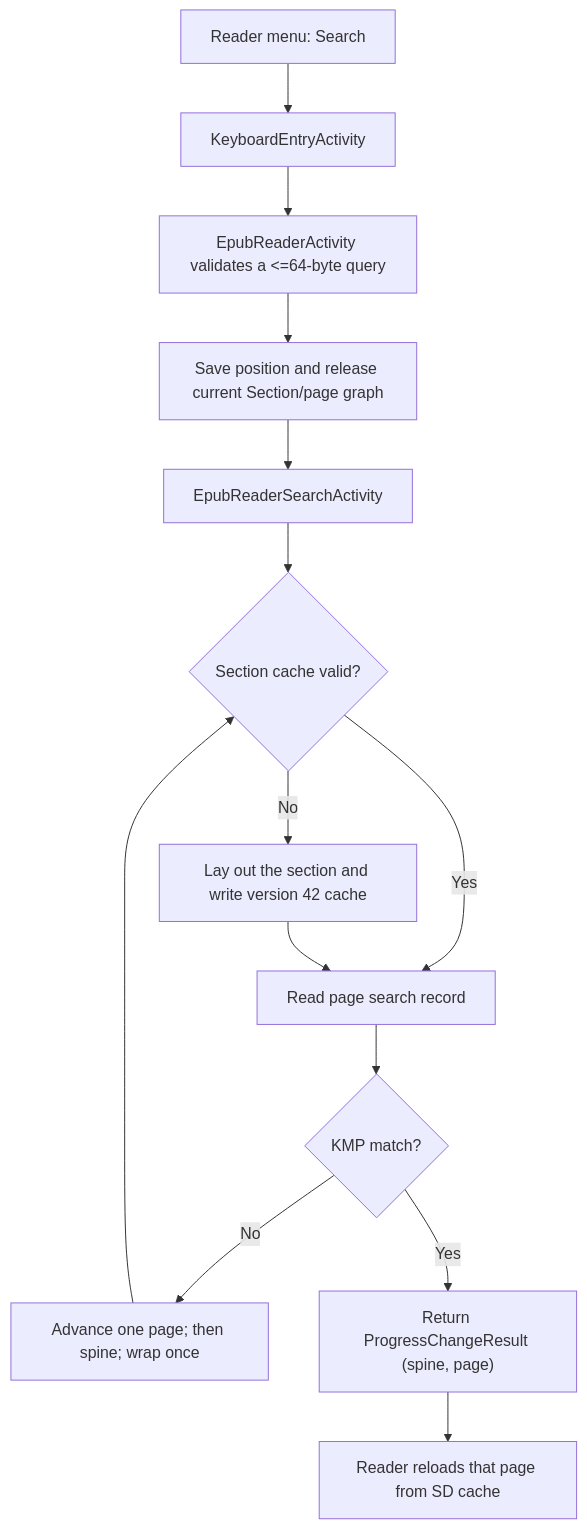
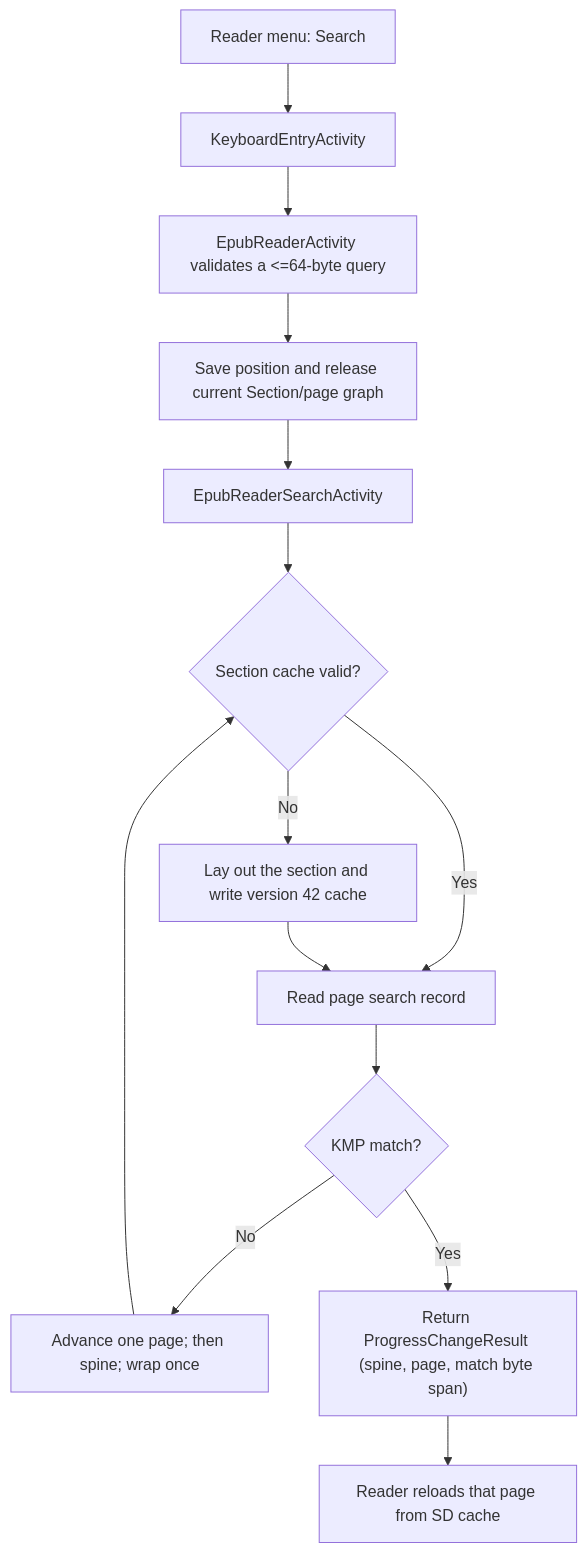
One commit to chongfun/crosspoint-reader changed the diagram in docs/search-architecture.md. Above: the diagram before and after it, drawn with Mermaid. The commit also changed other lines of this file, not shown here.

Commit message:
docs: correct search-architecture figures

````diff
--- a/docs/search-architecture.md
+++ b/docs/search-architecture.md
@@ -55,16 +55,16 @@
 ```mermaid
 flowchart TD
     A["Reader menu: Search"] --> B["KeyboardEntryActivity"]
     B --> C["EpubReaderActivity validates a <=64-byte query"]
     C --> D["Save position and release current Section/page graph"]
     D --> E["EpubReaderSearchActivity"]
     E --> F{"Section cache valid?"}
     F -->|"No"| G["Lay out the section and write version 42 cache"]
     F -->|"Yes"| H["Read page search record"]
     G --> H
     H --> I{"KMP match?"}
     I -->|"No"| J["Advance one page; then spine; wrap once"]
     J --> F
-    I -->|"Yes"| K["Return ProgressChangeResult (spine, page)"]
+    I -->|"Yes"| K["Return ProgressChangeResult (spine, page, match byte span)"]
     K --> L["Reader reloads that page from SD cache"]
 ```
````
